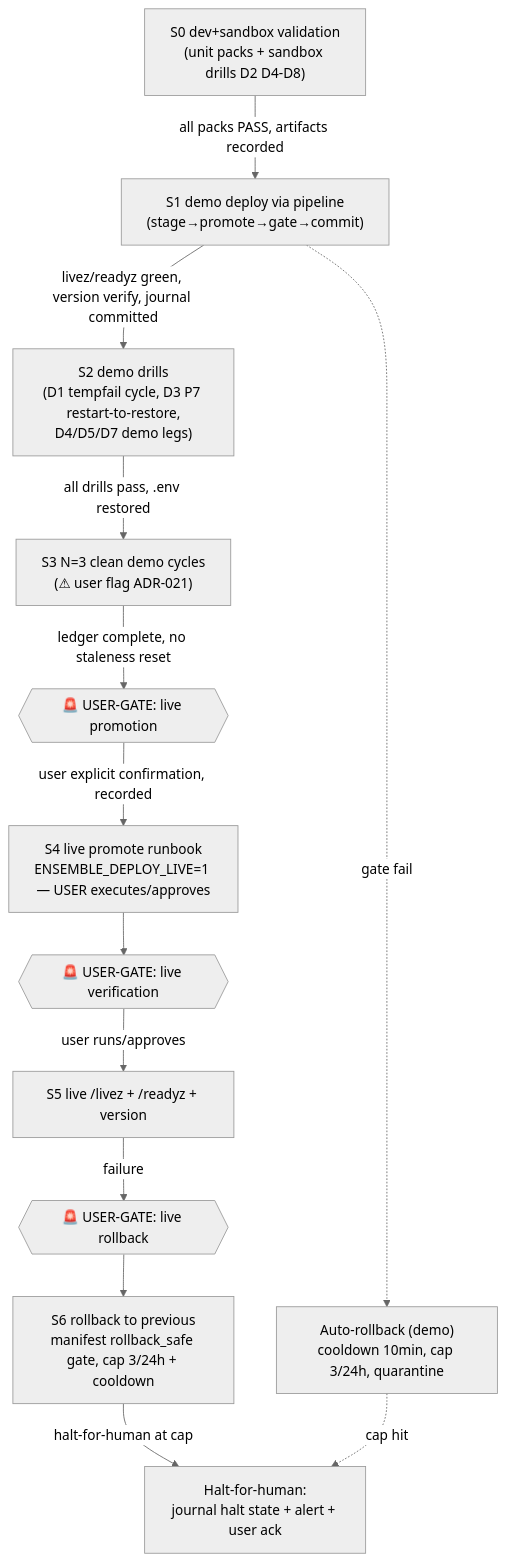
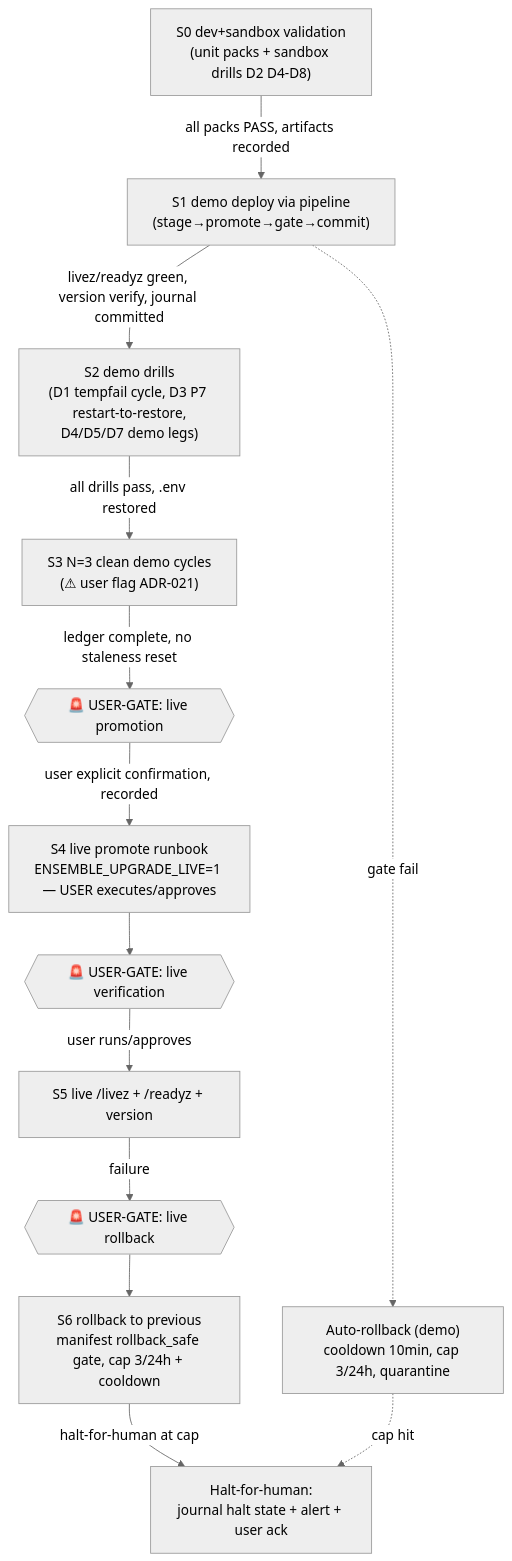
Before and after one commit to disillusioners/ensemble: the diagram in .agents/shared/planning/self-restart-upgrade-phase2/promotion-ladder.md, drawn with Mermaid (neutral theme). The commit also changed other lines of this file and 1 other file, not shown here.

First line of the commit message:
docs(p2.3): apply all 9 fresh-operator review findings to runbook + ladder

````diff
--- a/.agents/shared/planning/self-restart-upgrade-phase2/promotion-ladder.md
+++ b/.agents/shared/planning/self-restart-upgrade-phase2/promotion-ladder.md
@@ -59,15 +59,15 @@
 ```mermaid
 flowchart TD
     S0["S0 dev+sandbox validation<br/>(unit packs + sandbox drills D2 D4-D8)"] -->|all packs PASS, artifacts recorded| S1["S1 demo deploy via pipeline<br/>(stage→promote→gate→commit)"]
     S1 -->|livez/readyz green, version verify, journal committed| S2["S2 demo drills<br/>(D1 tempfail cycle, D3 P7 restart-to-restore,<br/>D4/D5/D7 demo legs)"]
     S2 -->|all drills pass, .env restored| S3["S3 N=3 clean demo cycles<br/>(⚠ user flag ADR-021)"]
     S3 -->|ledger complete, no staleness reset| G4{{"🚨 USER-GATE: live promotion"}}
-    G4 -->|user explicit confirmation, recorded| S4["S4 live promote runbook<br/>ENSEMBLE_DEPLOY_LIVE=1 — USER executes/approves"]
+    G4 -->|user explicit confirmation, recorded| S4["S4 live promote runbook<br/>ENSEMBLE_UPGRADE_LIVE=1 — USER executes/approves"]
     S4 --> G5{{"🚨 USER-GATE: live verification"}}
     G5 -->|user runs/approves| S5["S5 live /livez + /readyz + version"]
     S5 -->|failure| G6{{"🚨 USER-GATE: live rollback"}}
     G6 --> S6["S6 rollback to previous<br/>manifest rollback_safe gate, cap 3/24h + cooldown"]
     S6 -->|halt-for-human at cap| H["Halt-for-human:<br/>journal halt state + alert + user ack"]
     S1 -.gate fail.-> RB["Auto-rollback (demo)<br/>cooldown 10min, cap 3/24h, quarantine"]
     RB -.cap hit.-> H
 ```
````
